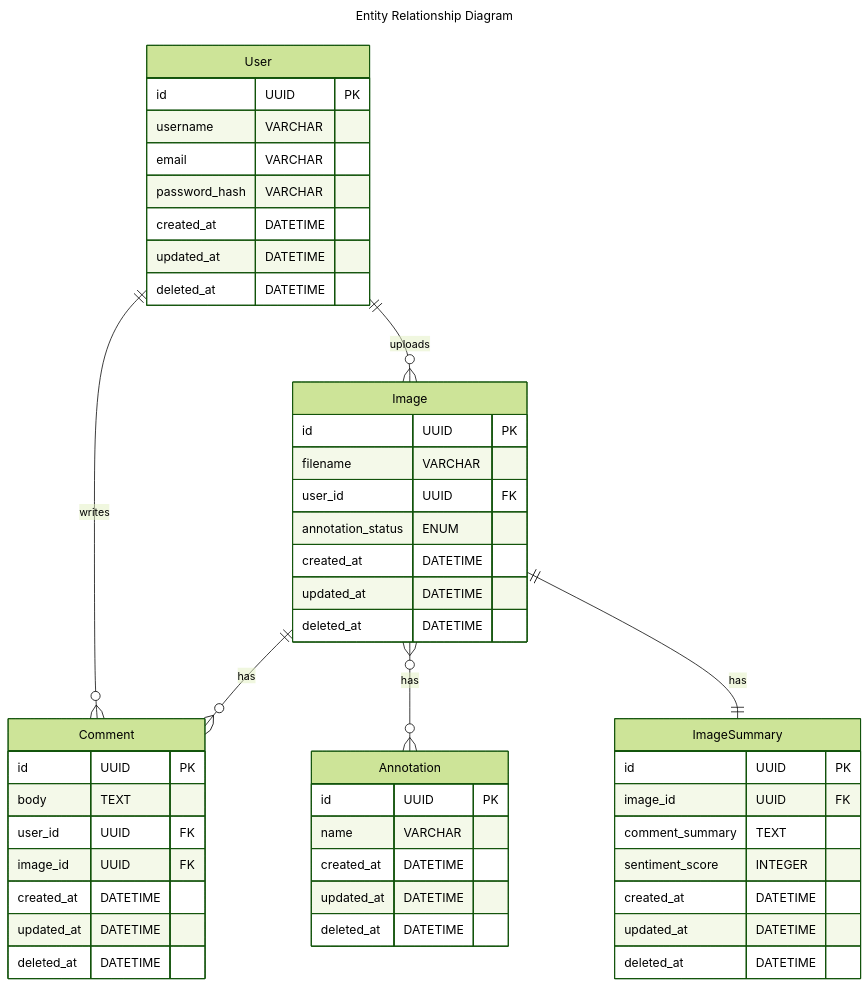
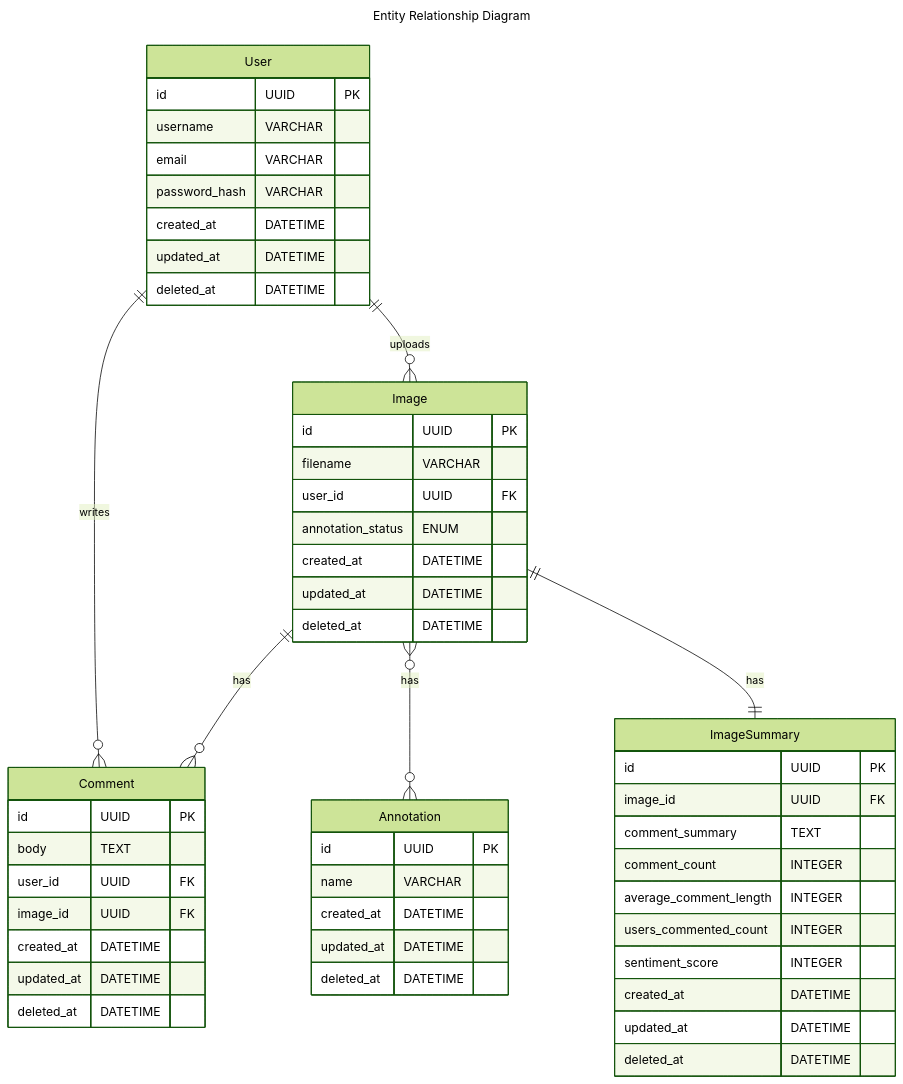
Before and after one commit to kziovas/practise-image-annotation-service-poc: the diagram in README.md, drawn with Mermaid (forest theme). The commit also changed 15 other files, not shown here.

````diff
--- a/README.md
+++ b/README.md
@@ -4,61 +4,64 @@
 ```mermaid
 ---
 title: Entity Relationship Diagram
 ---
 
 erDiagram
     User {
         id UUID PK
         username VARCHAR
         email VARCHAR
         password_hash VARCHAR
         created_at DATETIME
         updated_at DATETIME
         deleted_at DATETIME
     }
 
     Image {
         id UUID PK
         filename VARCHAR
         user_id UUID FK
         annotation_status ENUM
         created_at DATETIME
         updated_at DATETIME
         deleted_at DATETIME
     }
 
     Comment {
         id UUID PK
         body TEXT
         user_id UUID FK
         image_id UUID FK
         created_at DATETIME
         updated_at DATETIME
         deleted_at DATETIME
     }
 
     Annotation {
         id UUID PK
         name VARCHAR
         created_at DATETIME
         updated_at DATETIME
         deleted_at DATETIME
     }
 
     ImageSummary {
         id UUID PK
         image_id UUID FK
         comment_summary TEXT
+        comment_count INTEGER
+        average_comment_length INTEGER
+        users_commented_count INTEGER
         sentiment_score INTEGER
         created_at DATETIME
         updated_at DATETIME
         deleted_at DATETIME
     }
 
     User ||--o{ Comment : "writes"
     User ||--o{ Image : "uploads"
     Image ||--o{ Comment : "has"
     Image }o--o{ Annotation : "has"
     Image ||--|| ImageSummary : "has"
 
 ```
````
